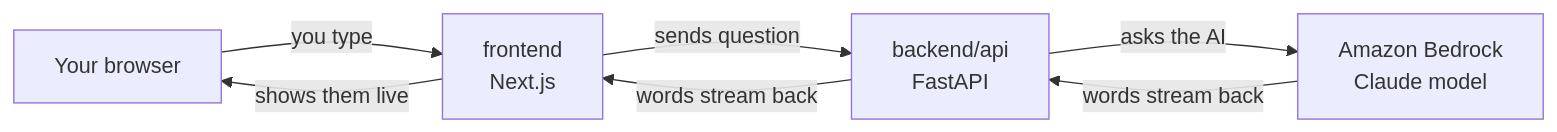
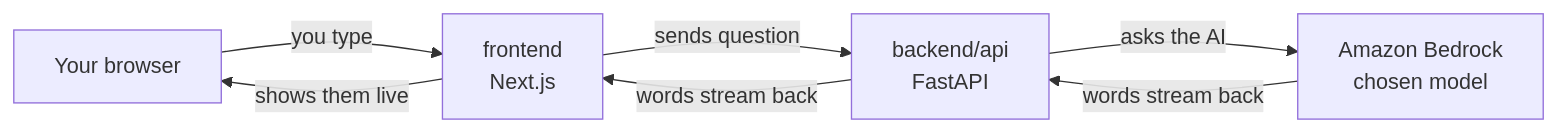
The diagram in docs/learning/D1.md (yashzord/Docs_Copilot), drawn with Mermaid before and after one commit. The commit also changed other lines of this file and 8 other files, not shown here.

````diff
--- a/docs/learning/D1.md
+++ b/docs/learning/D1.md
@@ -15,9 +12,9 @@
 ```mermaid
 flowchart LR
     A[Your browser] -->|you type| B[frontend<br/>Next.js]
     B -->|sends question| C[backend/api<br/>FastAPI]
-    C -->|asks the AI| D[Amazon Bedrock<br/>Claude model]
+    C -->|asks the AI| D[Amazon Bedrock<br/>chosen model]
     D -->|words stream back| C
     C -->|words stream back| B
     B -->|shows them live| A
 ```
````
